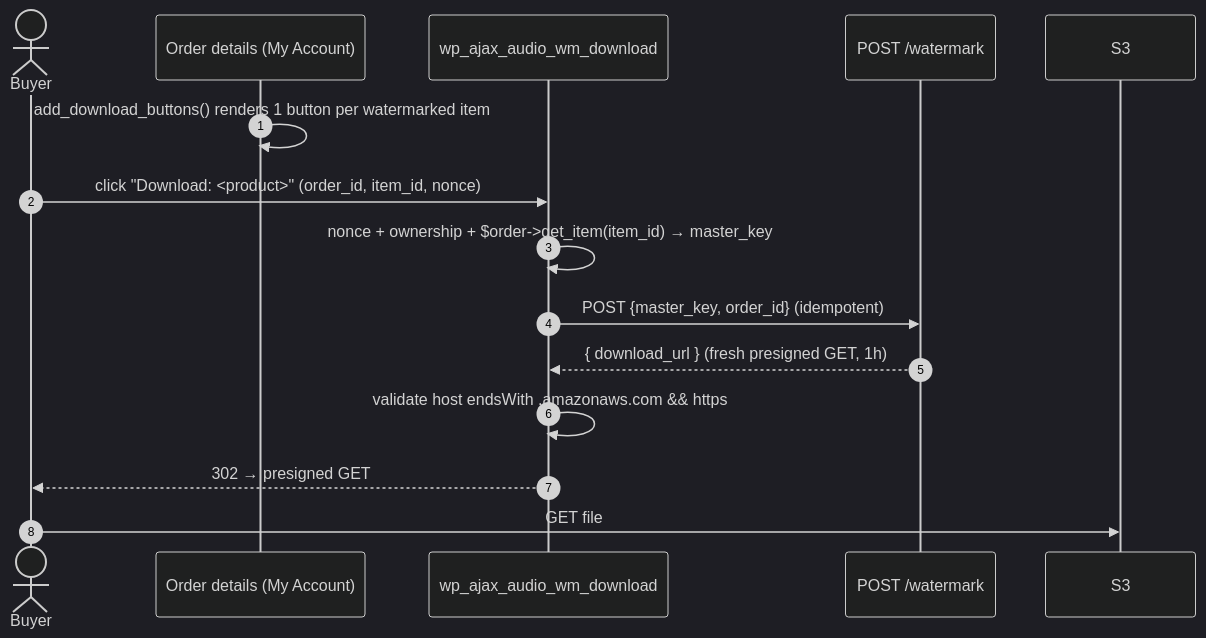
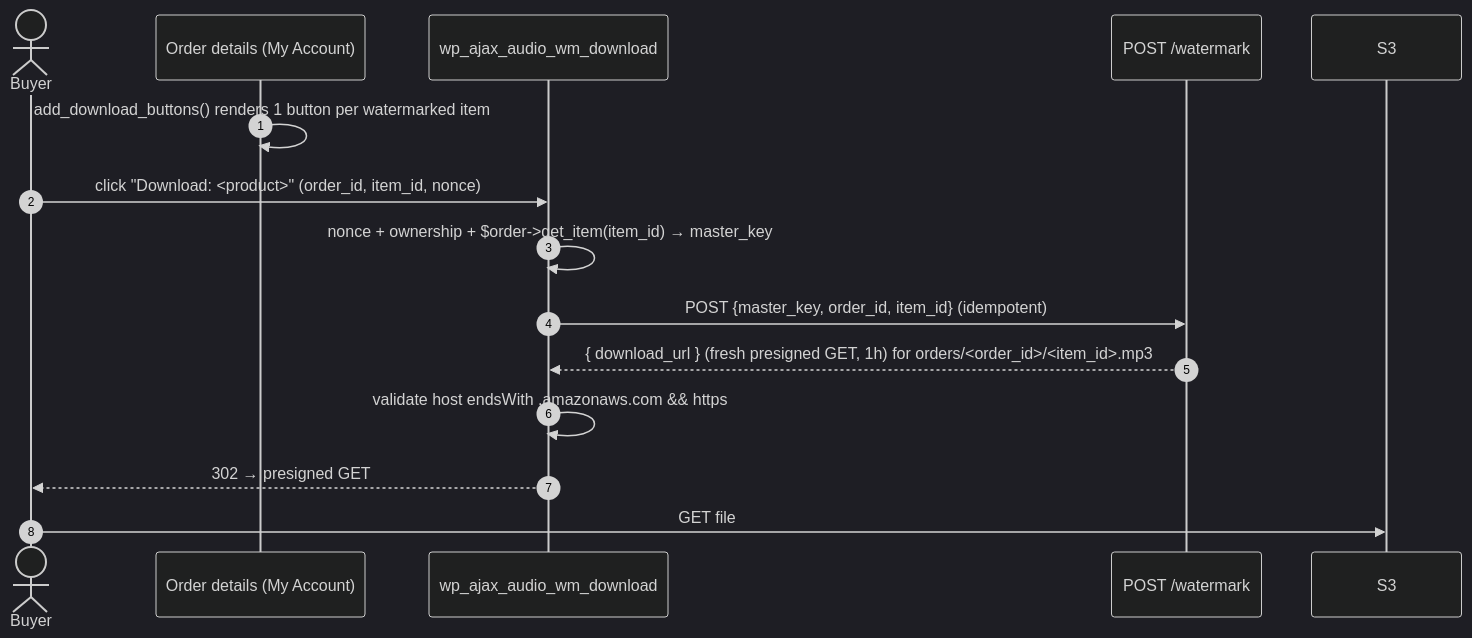
The third of 4 diagrams in docs/USE-CASES.md (l-k-sfr-jt/audio-watermark), drawn with Mermaid (dark theme) before and after one commit. The commit also changed other lines of this file and 7 other files, not shown here.

````diff
--- a/docs/USE-CASES.md
+++ b/docs/USE-CASES.md
@@ -118,18 +118,18 @@
 ```mermaid
 sequenceDiagram
     autonumber
     actor Buyer
     participant Page as Order details (My Account)
     participant DH as wp_ajax_audio_wm_download
     participant API as POST /watermark
     participant S3
 
     Page->>Page: add_download_buttons() renders 1 button per watermarked item
     Buyer->>DH: click "Download: <product>" (order_id, item_id, nonce)
     DH->>DH: nonce + ownership + $order->get_item(item_id) → master_key
-    DH->>API: POST {master_key, order_id} (idempotent)
-    API-->>DH: { download_url } (fresh presigned GET, 1h)
+    DH->>API: POST {master_key, order_id, item_id} (idempotent)
+    API-->>DH: { download_url } (fresh presigned GET, 1h) for orders/<order_id>/<item_id>.mp3
     DH->>DH: validate host endsWith .amazonaws.com && https
     DH-->>Buyer: 302 → presigned GET
     Buyer->>S3: GET file
 ```
````
